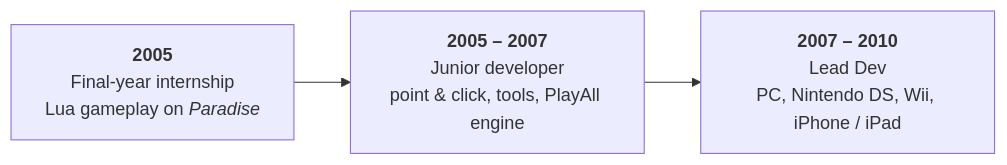
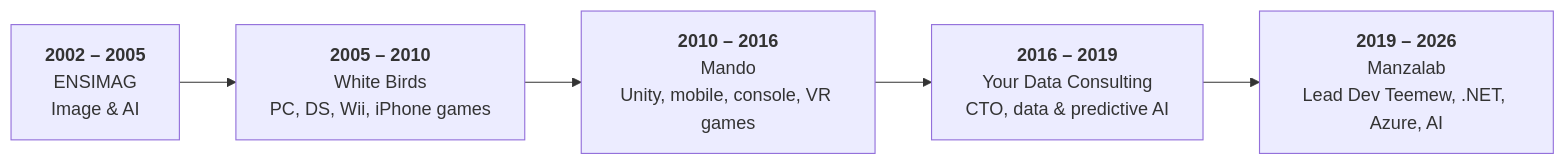
One commit to fsimonpro/fsimonpro changed the diagram in portfolio/en.md. Above: the diagram before and after it, drawn with Mermaid. The commit also changed other lines of this file and 3 other files, not shown here.

Commit message:
Portfolio: split into a home page and one page per period (White Birds)

````diff
--- a/portfolio/en.md
+++ b/portfolio/en.md
@@ -19,5 +7,7 @@
 ```mermaid
 flowchart LR
-    A["<b>2005</b><br/>Final-year internship<br/>Lua gameplay on <i>Paradise</i>"] --> B["<b>2005 – 2007</b><br/>Junior developer<br/>point & click, tools, PlayAll engine"]
-    B --> C["<b>2007 – 2010</b><br/>Lead Dev<br/>PC, Nintendo DS, Wii, iPhone / iPad"]
+    E["<b>2002 – 2005</b><br/>ENSIMAG<br/>Image & AI"] --> W["<b>2005 – 2010</b><br/>White Birds<br/>PC, DS, Wii, iPhone games"]
+    W --> M["<b>2010 – 2016</b><br/>Mando<br/>Unity, mobile, console, VR games"]
+    M --> Y["<b>2016 – 2019</b><br/>Your Data Consulting<br/>CTO, data & predictive AI"]
+    Y --> Z["<b>2019 – 2026</b><br/>Manzalab<br/>Lead Dev Teemew, .NET, Azure, AI"]
 ```
````
